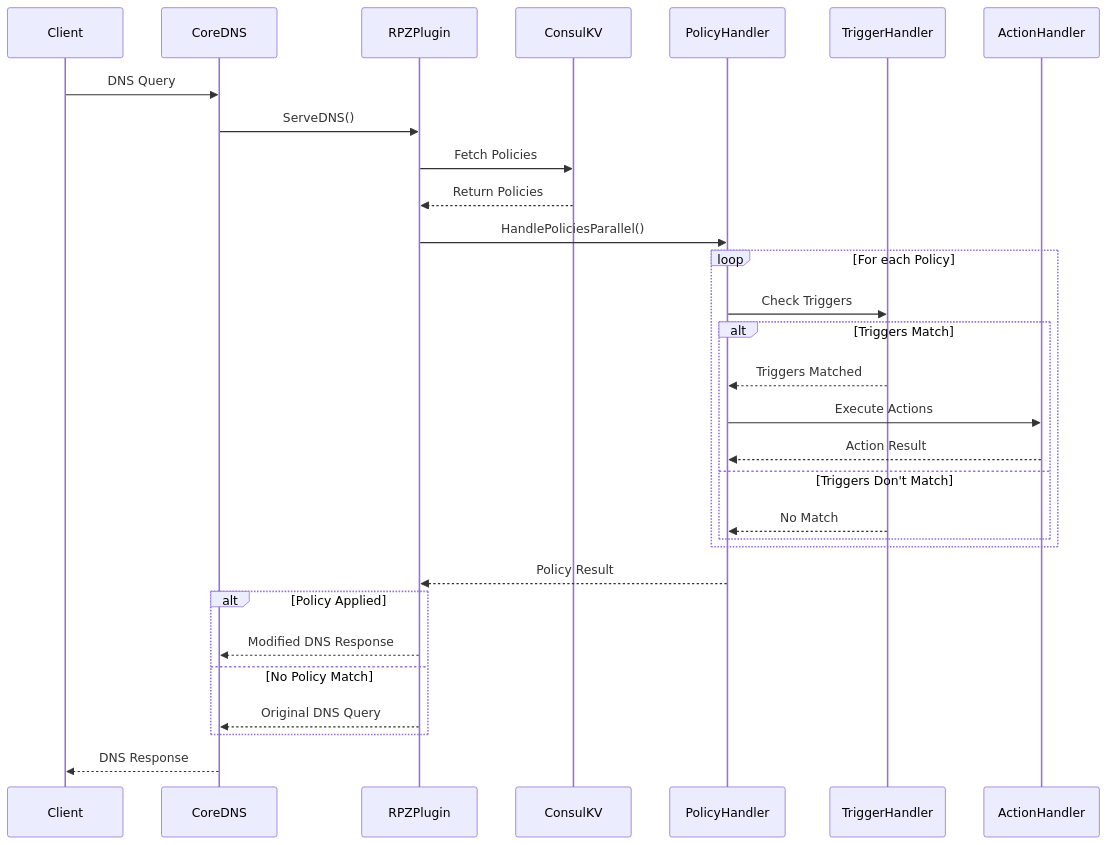
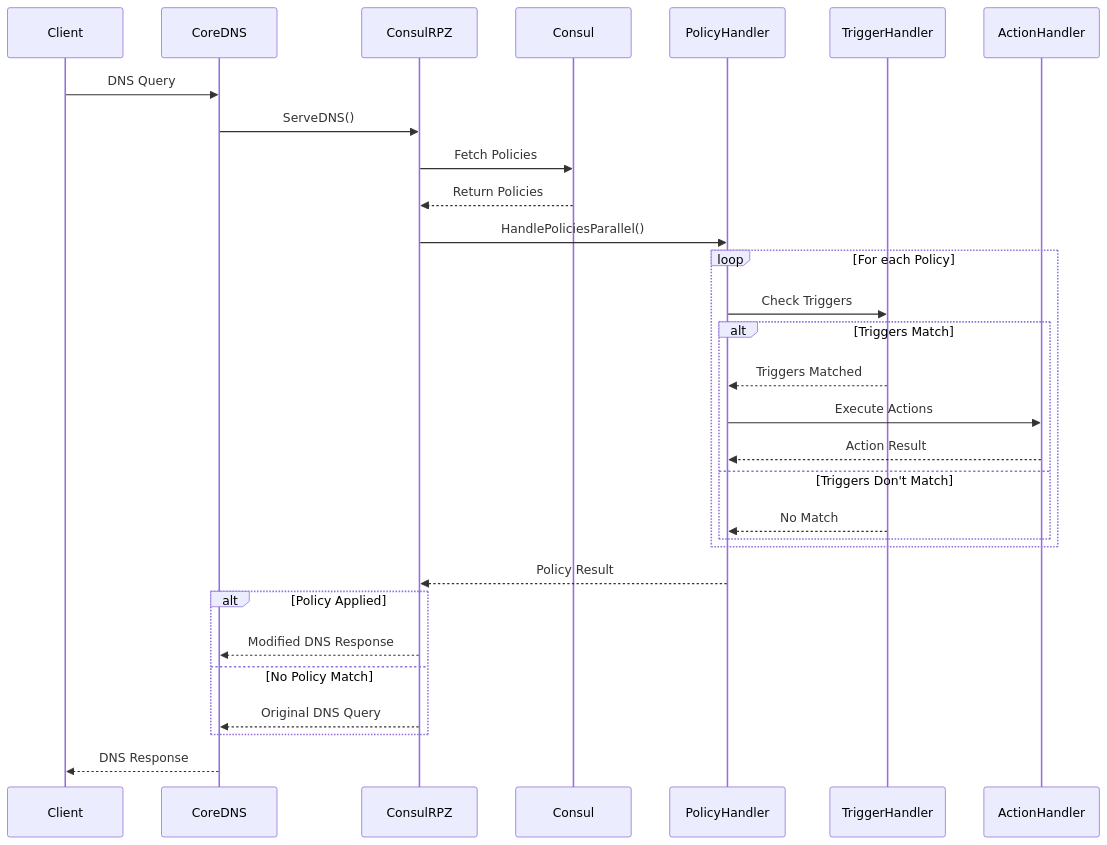
One commit to mwantia/coredns-consulrpz-plugin changed the diagram in README.md. Above: the diagram before and after it, drawn with Mermaid. The commit also changed other lines of this file and 37 other files, not shown here.

Commit message:
Completely reworked the plugin - It now only supports policies over Consul - Policies can now access external targets to load rules in `rpz`, `abp` or `hosts` format - Execution mode can be switched between `parallel` or `sequence`

````diff
--- a/README.md
+++ b/README.md
@@ -23,33 +23,33 @@
 ```mermaid
 sequenceDiagram
     participant Client
     participant CoreDNS
-    participant RPZPlugin
-    participant ConsulKV
+    participant ConsulRPZ
+    participant Consul
     participant PolicyHandler
     participant TriggerHandler
     participant ActionHandler
 
     Client->>CoreDNS: DNS Query
-    CoreDNS->>RPZPlugin: ServeDNS()
-    RPZPlugin->>ConsulKV: Fetch Policies
-    ConsulKV-->>RPZPlugin: Return Policies
-    RPZPlugin->>PolicyHandler: HandlePoliciesParallel()
+    CoreDNS->>ConsulRPZ: ServeDNS()
+    ConsulRPZ->>Consul: Fetch Policies
+    Consul-->>ConsulRPZ: Return Policies
+    ConsulRPZ->>PolicyHandler: HandlePoliciesParallel()
     loop For each Policy
         PolicyHandler->>TriggerHandler: Check Triggers
         alt Triggers Match
             TriggerHandler-->>PolicyHandler: Triggers Matched
             PolicyHandler->>ActionHandler: Execute Actions
             ActionHandler-->>PolicyHandler: Action Result
         else Triggers Don't Match
             TriggerHandler-->>PolicyHandler: No Match
         end
     end
-    PolicyHandler-->>RPZPlugin: Policy Result
+    PolicyHandler-->>ConsulRPZ: Policy Result
     alt Policy Applied
-        RPZPlugin-->>CoreDNS: Modified DNS Response
+        ConsulRPZ-->>CoreDNS: Modified DNS Response
     else No Policy Match
-        RPZPlugin-->>CoreDNS: Original DNS Query
+        ConsulRPZ-->>CoreDNS: Original DNS Query
     end
     CoreDNS-->>Client: DNS Response
 ```
````
